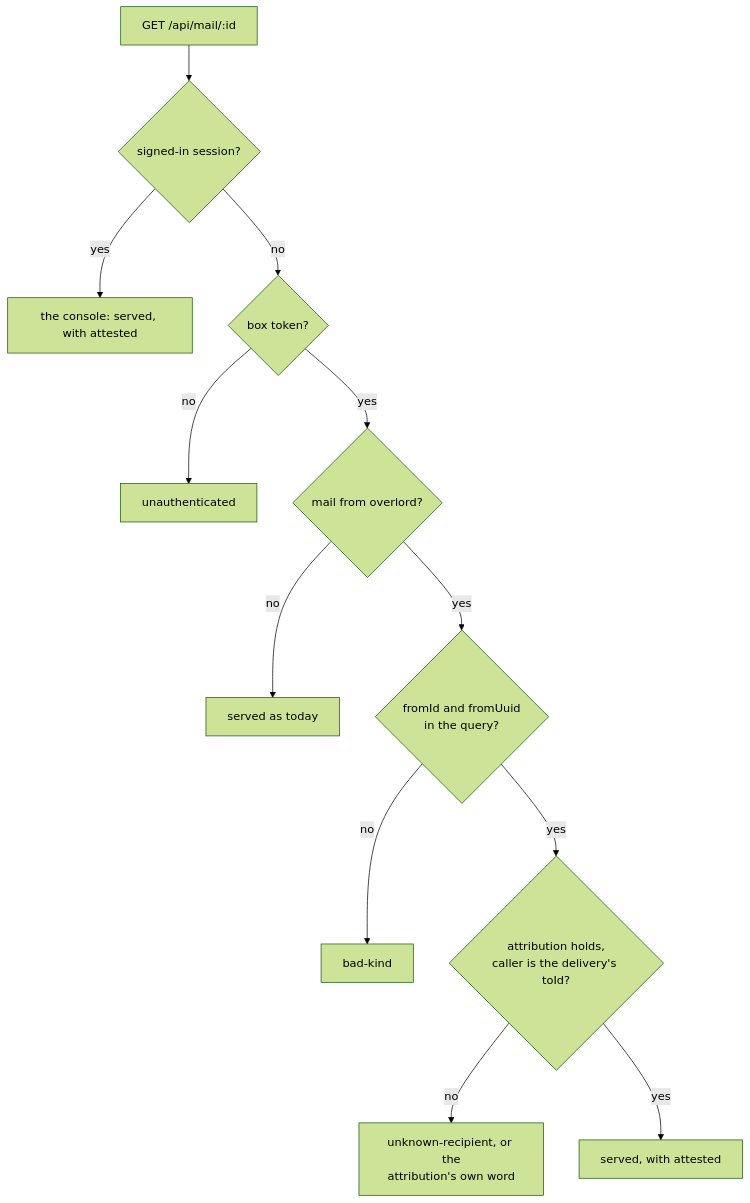
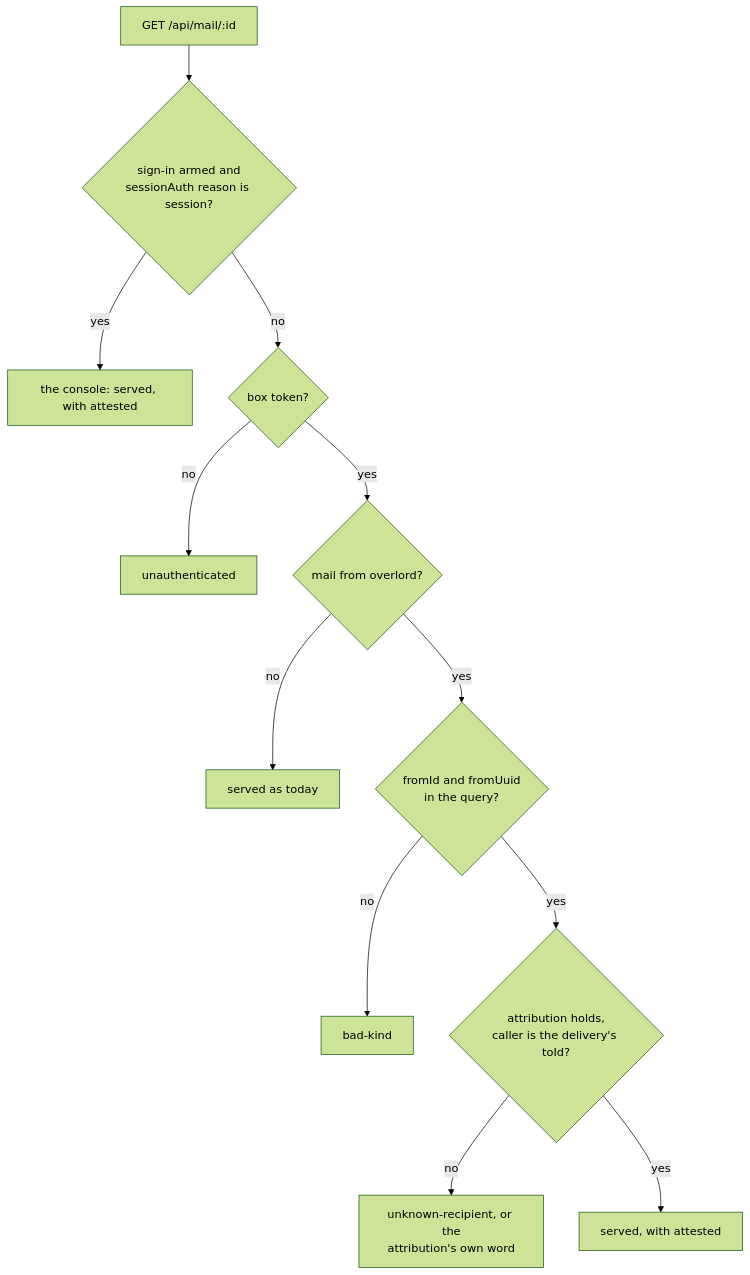
The third of 4 diagrams in docs/superpowers/plans/2026-11-16-overlord-w2/w2-request-ids.md (Synapsium-Labs/ccrc-pwa), drawn with Mermaid (forest theme) before and after one commit. The commit also changed other lines of this file and 1 other file, not shown here.

````diff
--- a/docs/superpowers/plans/2026-11-16-overlord-w2/w2-request-ids.md
+++ b/docs/superpowers/plans/2026-11-16-overlord-w2/w2-request-ids.md
@@ -422,14 +518,14 @@
 ```mermaid
 flowchart TD
-  F["GET /api/mail/:id"] --> S{"signed-in session?"}
+  F["GET /api/mail/:id"] --> S{"sign-in armed and<br/>sessionAuth reason is session?"}
   S -->|"yes"| C["the console: served, with attested"]
   S -->|"no"| T{"box token?"}
   T -->|"no"| U["unauthenticated"]
   T -->|"yes"| O{"mail from overlord?"}
   O -->|"no"| P["served as today"]
   O -->|"yes"| Q{"fromId and fromUuid<br/>in the query?"}
   Q -->|"no"| BK["bad-kind"]
   Q -->|"yes"| A{"attribution holds,<br/>caller is the delivery's toId?"}
   A -->|"no"| UR["unknown-recipient, or the<br/>attribution's own word"]
   A -->|"yes"| SV["served, with attested"]
 ```
````
